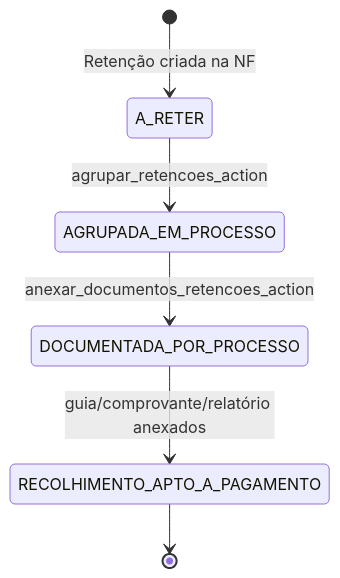
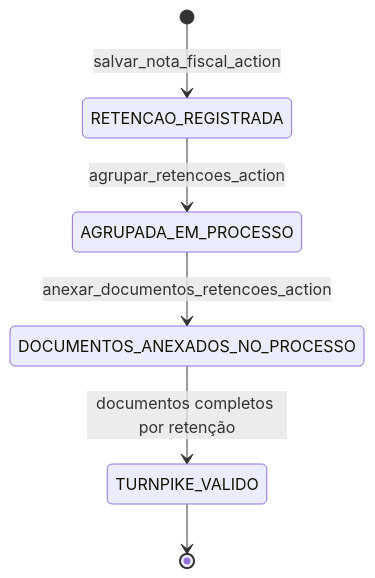
Before and after one commit to BS15/DjangoProject: the diagram in docs/fluxos/retencoes.md, drawn with Mermaid. The commit also changed other lines of this file, not shown here.

````diff
--- a/docs/fluxos/retencoes.md
+++ b/docs/fluxos/retencoes.md
@@ -9,8 +9,8 @@
 ```mermaid
 stateDiagram-v2
-    [*] --> A_RETER : Retenção criada na NF
-    A_RETER --> AGRUPADA_EM_PROCESSO : agrupar_retencoes_action
-    AGRUPADA_EM_PROCESSO --> DOCUMENTADA_POR_PROCESSO : anexar_documentos_retencoes_action
-    DOCUMENTADA_POR_PROCESSO --> RECOLHIMENTO_APTO_A_PAGAMENTO : guia/comprovante/relatório anexados
-    RECOLHIMENTO_APTO_A_PAGAMENTO --> [*]
+    [*] --> RETENCAO_REGISTRADA : salvar_nota_fiscal_action
+    RETENCAO_REGISTRADA --> AGRUPADA_EM_PROCESSO : agrupar_retencoes_action
+    AGRUPADA_EM_PROCESSO --> DOCUMENTOS_ANEXADOS_NO_PROCESSO : anexar_documentos_retencoes_action
+    DOCUMENTOS_ANEXADOS_NO_PROCESSO --> TURNPIKE_VALIDO : documentos completos por retenção
+    TURNPIKE_VALIDO --> [*]
 ```
````
